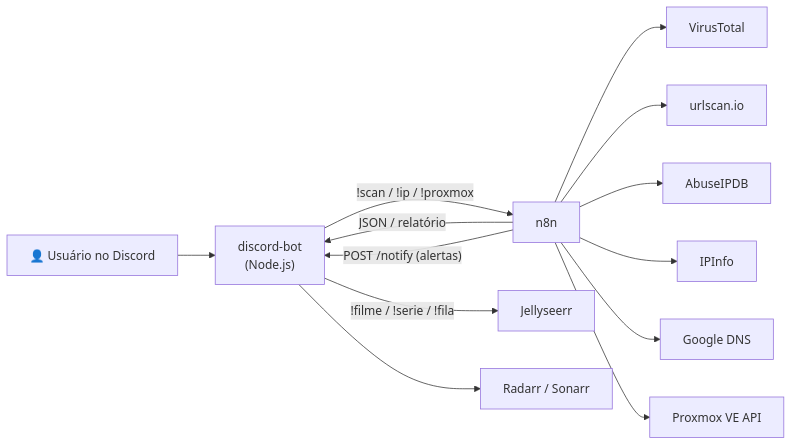
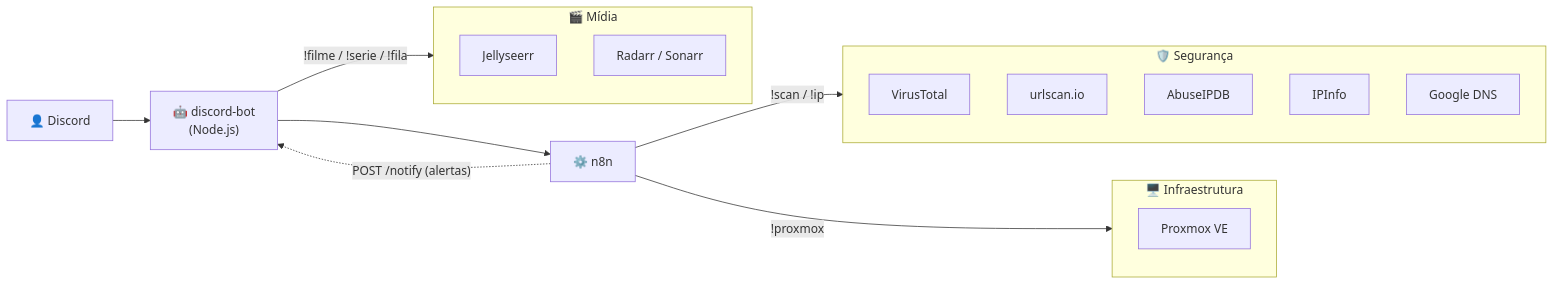
Before and after one commit to xFnd/homelab-automations: the diagram in README.md, drawn with Mermaid. The commit also changed other lines of this file, not shown here.

First line of the commit message:
README organizado por tema: segurança, infraestrutura e mídia

````diff
--- a/README.md
+++ b/README.md
@@ -15,18 +15,27 @@
 ```mermaid
 flowchart LR
-    U["👤 Usuário no Discord"] --> B["discord-bot<br/>(Node.js)"]
+    U["👤 Discord"] --> B["🤖 discord-bot<br/>(Node.js)"]
+    B --> N["⚙️ n8n"]
+    N -. "POST /notify (alertas)" .-> B
 
-    B -->|"!scan / !ip / !proxmox"| N["n8n"]
-    N -->|"JSON / relatório"| B
-    N -->|"POST /notify (alertas)"| B
+    subgraph SEC["🛡️ Segurança"]
+        VT["VirusTotal"]
+        US["urlscan.io"]
+        AB["AbuseIPDB"]
+        II["IPInfo"]
+        DNS["Google DNS"]
+    end
 
-    N --> VT["VirusTotal"]
-    N --> US["urlscan.io"]
-    N --> AB["AbuseIPDB"]
-    N --> II["IPInfo"]
-    N --> DNS["Google DNS"]
-    N --> PVE["Proxmox VE API"]
+    subgraph INF["🖥️ Infraestrutura"]
+        PVE["Proxmox VE"]
+    end
 
-    B -->|"!filme / !serie / !fila"| J["Jellyseerr"]
-    B --> AR["Radarr / Sonarr"]
+    subgraph MED["🎬 Mídia"]
+        J["Jellyseerr"]
+        AR["Radarr / Sonarr"]
+    end
+
+    N -->|"!scan / !ip"| SEC
+    N -->|"!proxmox"| INF
+    B -->|"!filme / !serie / !fila"| MED
 ```
````
